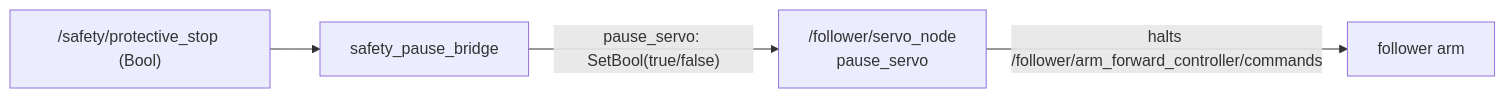
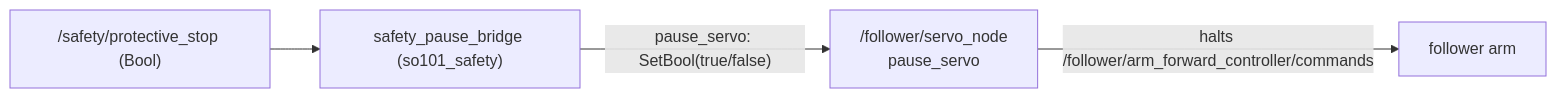
The fourth of 5 diagrams in docs/servo_teleop_architecture.md (giusebar/so101-ros-physical-ai), drawn with Mermaid before and after one commit. The commit also changed other lines of this file and 24 other files, not shown here.

````diff
--- a/docs/servo_teleop_architecture.md
+++ b/docs/servo_teleop_architecture.md
@@ -241,6 +259,6 @@
 ```mermaid
 flowchart LR
-    PROX["/safety/protective_stop (Bool)"] --> BR["safety_pause_bridge"]
+    MON["/safety/protective_stop (Bool)"] --> BR["safety_pause_bridge (so101_safety)"]
     BR -->|"pause_servo: SetBool(true/false)"| SERVO["/follower/servo_node<br/>pause_servo"]
     SERVO -->|"halts /follower/arm_forward_controller/commands"| ARM["follower arm"]
 ```
````
